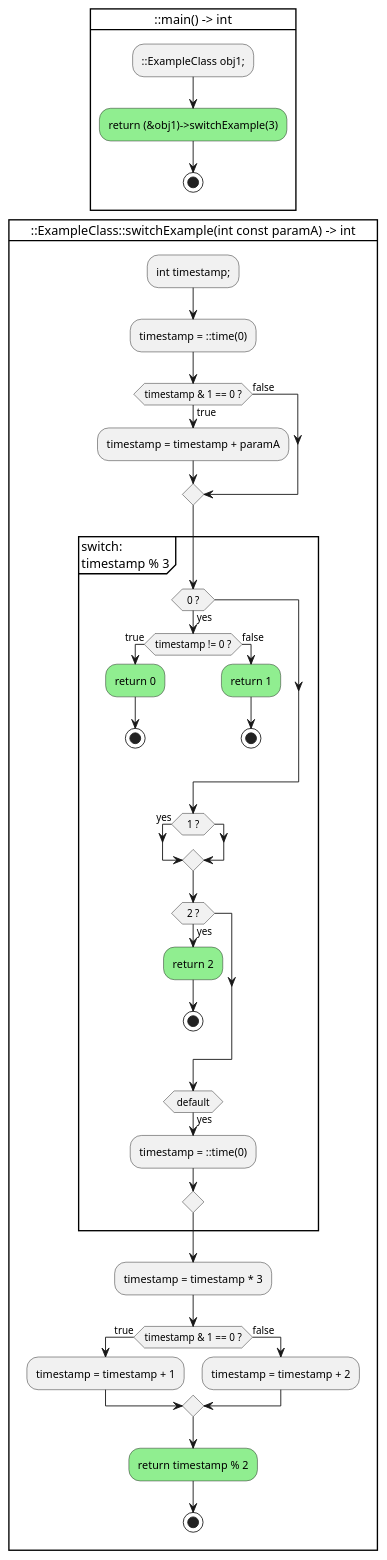
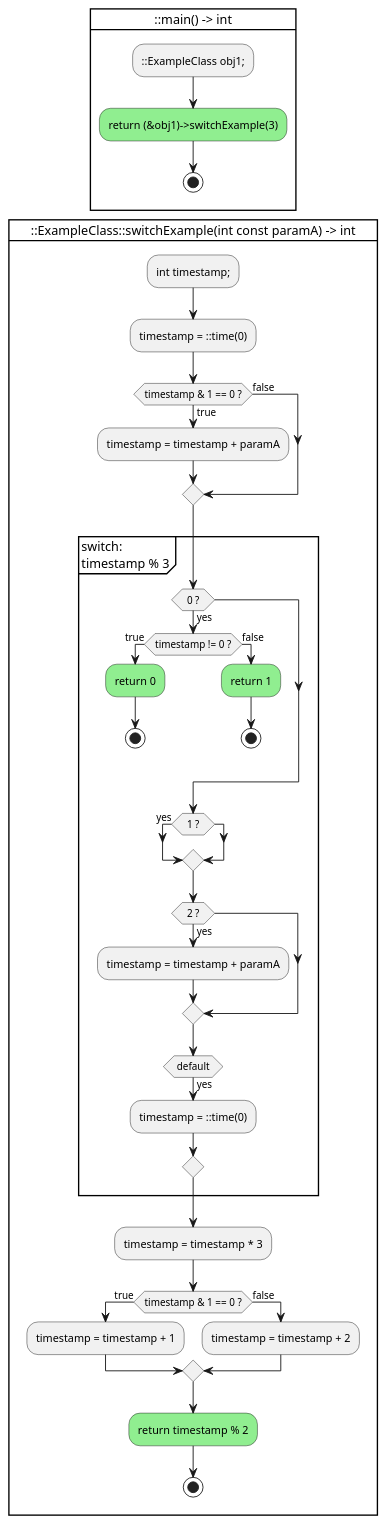
The diagram in examples/ctrlflowgraph/ctrl_sample.cpp.puml (anetczuk/gcc-uml), drawn with PlantUML before and after one commit. The commit also changed 10 other files, not shown here.

```diff
--- a/examples/ctrlflowgraph/ctrl_sample.cpp.puml
+++ b/examples/ctrlflowgraph/ctrl_sample.cpp.puml
@@ -1,56 +1,55 @@
 @startuml
 
 card "::main() -> int" {
     :::ExampleClass obj1;;
     #lightgreen:return (&obj1)->switchExample(3);
     stop
     -[hidden]->
 }
 
 card "::ExampleClass::switchExample(int const paramA) -> int" {
     :int timestamp;;
     :timestamp = ::time(0);
     if (timestamp & 1 == 0 ?) then (true)
         :timestamp = timestamp + paramA;
     else (false)
     endif
 
 partition "switch:\ntimestamp % 3" {
     ' case: 0 fallthrough: True
     if ( 0 ? ) then (yes)
         if (timestamp != 0 ?) then (true)
             #lightgreen:return 0;
             stop
         else (false)
             #lightgreen:return 1;
             stop
         endif
     endif
     ' case: 1 fallthrough: True
     if ( 1 ? ) then (yes)
     endif
     ' case: 2 fallthrough: True
     if ( 2 ? ) then (yes)
-        #lightgreen:return 2;
-        stop
+        :timestamp = timestamp + paramA;
     endif
     ' case: None fallthrough: True
     if ( default ) then (yes)
         :timestamp = ::time(0);
     else
         -[hidden]->
     endif
 }
     :timestamp = timestamp * 3;
     if (timestamp & 1 == 0 ?) then (true)
         :timestamp = timestamp + 1;
     else (false)
         :timestamp = timestamp + 2;
     endif
     #lightgreen:return timestamp % 2;
     stop
     -[hidden]->
 }
 
 
 @enduml
```
